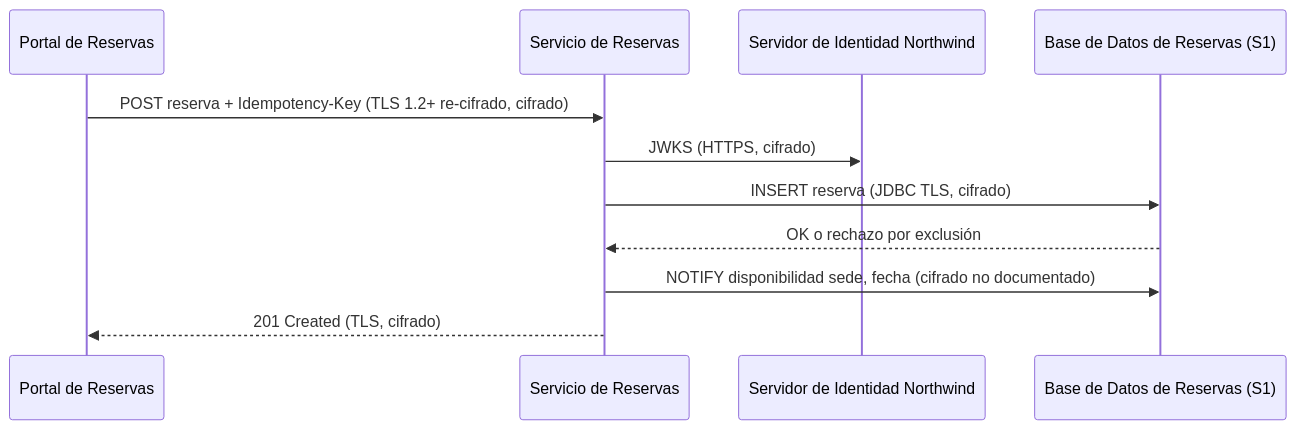
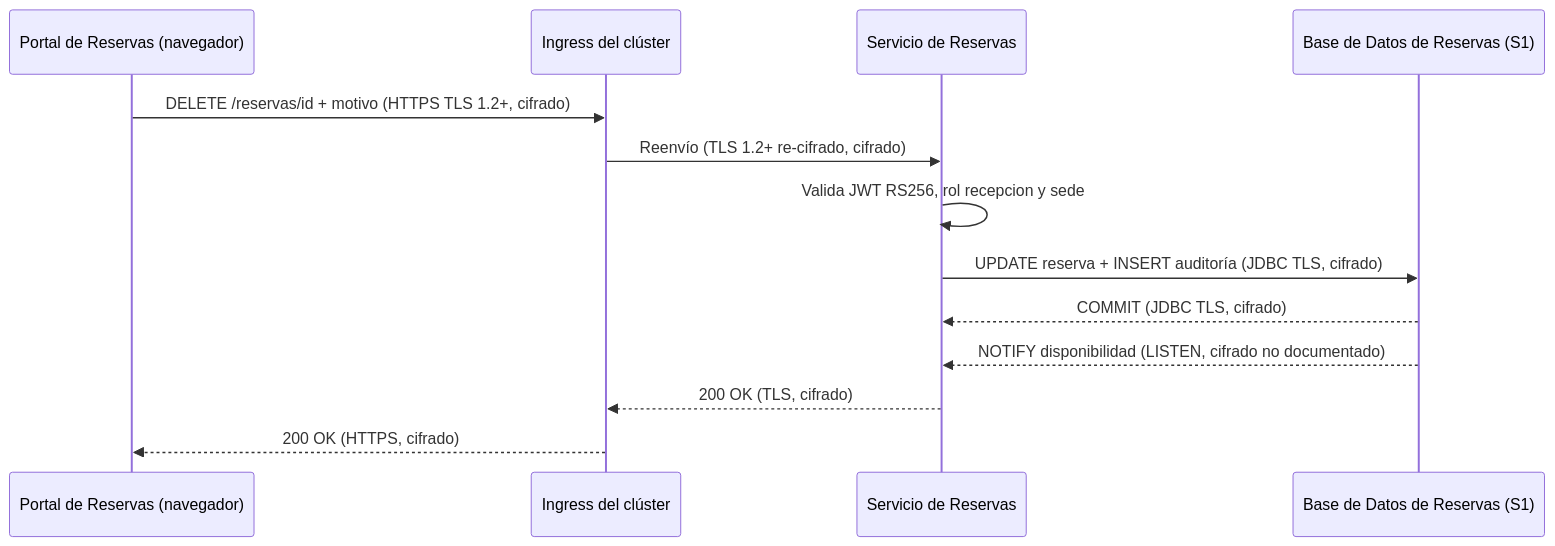
The second of 3 diagrams in analysis/DATA-SENSITIVITY-2026-11-03.md (shadowX4fox/northwind-reservas), drawn with Mermaid before and after one commit. The commit also changed other lines of this file and 7 other files, not shown here.

````diff
--- a/analysis/DATA-SENSITIVITY-2026-11-03.md
+++ b/analysis/DATA-SENSITIVITY-2026-11-03.md
@@ -78,13 +79,15 @@
 ```mermaid
 sequenceDiagram
-  participant P as Portal de Reservas
+  participant P as Portal de Reservas (navegador)
+  participant G as Ingress del clúster
   participant S as Servicio de Reservas
-  participant IdP as Servidor de Identidad Northwind
-  participant DB as Base de Datos de Reservas (S1)
-  P->>S: POST reserva + Idempotency-Key (TLS 1.2+ re-cifrado, cifrado)
-  S->>IdP: JWKS (HTTPS, cifrado)
-  S->>DB: INSERT reserva (JDBC TLS, cifrado)
-  DB-->>S: OK o rechazo por exclusión
-  S->>DB: NOTIFY disponibilidad sede, fecha (cifrado no documentado)
-  S-->>P: 201 Created (TLS, cifrado)
+  participant D as Base de Datos de Reservas (S1)
+  P->>G: DELETE /reservas/id + motivo (HTTPS TLS 1.2+, cifrado)
+  G->>S: Reenvío (TLS 1.2+ re-cifrado, cifrado)
+  S->>S: Valida JWT RS256, rol recepcion y sede
+  S->>D: UPDATE reserva + INSERT auditoría (JDBC TLS, cifrado)
+  D-->>S: COMMIT (JDBC TLS, cifrado)
+  D-->>S: NOTIFY disponibilidad (LISTEN, cifrado no documentado)
+  S-->>G: 200 OK (TLS, cifrado)
+  G-->>P: 200 OK (HTTPS, cifrado)
 ```
````
